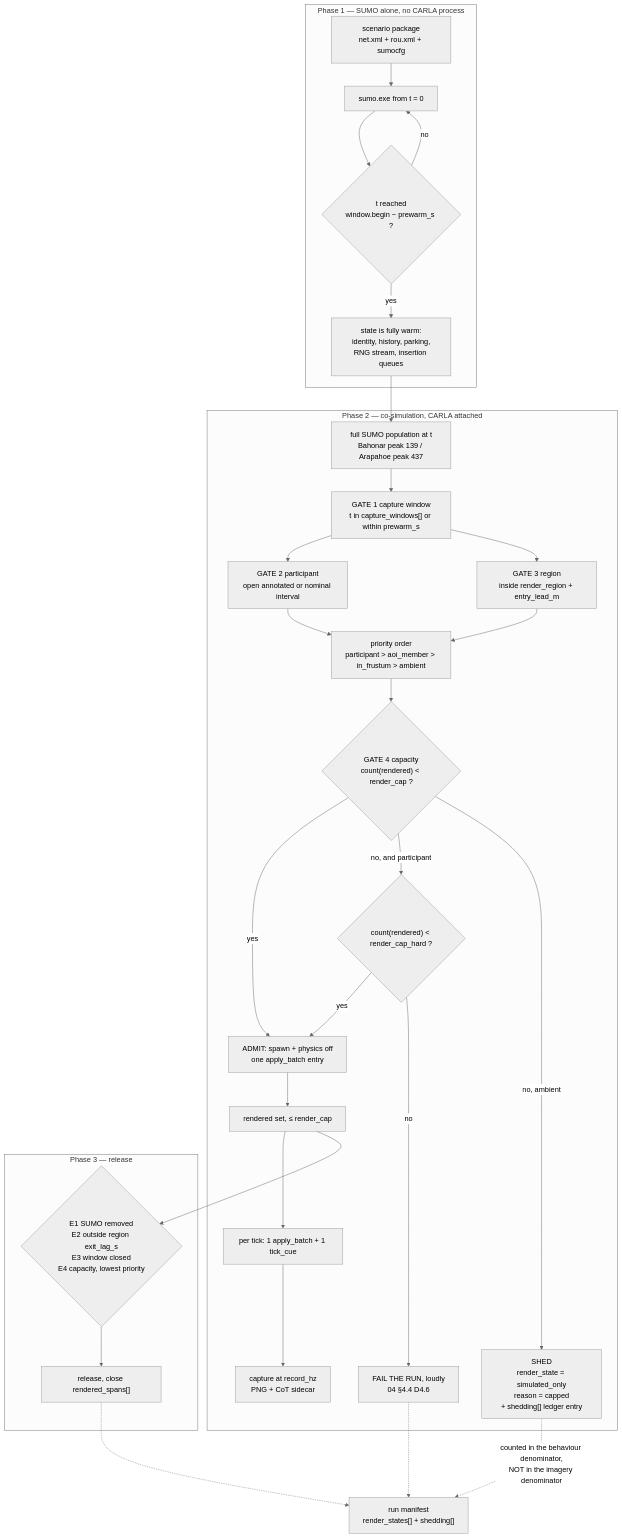
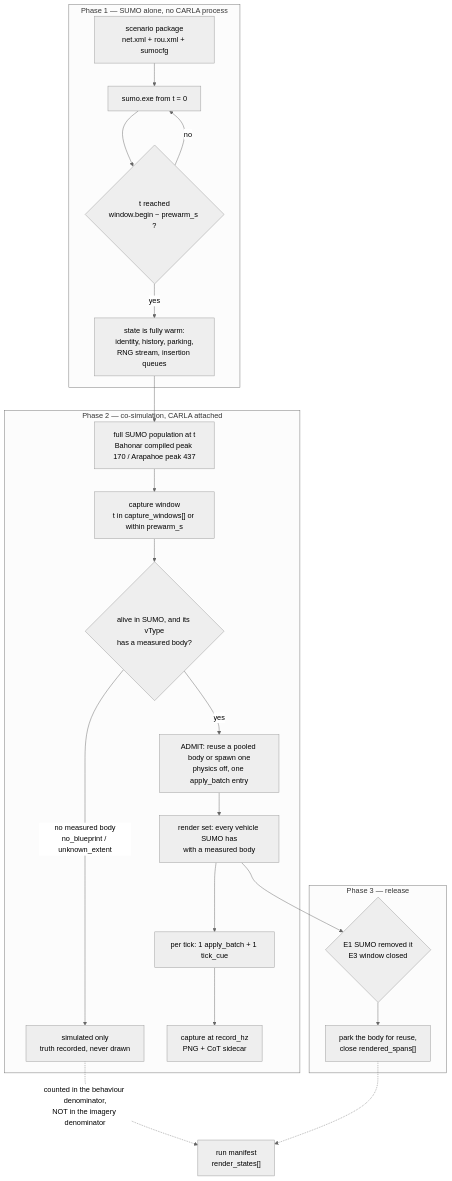
One commit to sbrett9/carla changed the third of 4 diagrams in Docs/CAT_Research/Plans/SUMO_Behavioral_Capture/10_Scale_And_Performance.md. Above: the diagram before and after it, drawn with Mermaid (neutral theme). The commit also changed other lines of this file, not shown here.

````diff
--- a/Docs/CAT_Research/Plans/SUMO_Behavioral_Capture/10_Scale_And_Performance.md
+++ b/Docs/CAT_Research/Plans/SUMO_Behavioral_Capture/10_Scale_And_Performance.md
@@ -586,36 +612,28 @@
 ```mermaid
 flowchart TD
     subgraph PHASE1["Phase 1 — SUMO alone, no CARLA process"]
         A["scenario package<br/>net.xml + rou.xml + sumocfg"] --> B["sumo.exe from t = 0"]
         B --> C{"t reached<br/>window.begin − prewarm_s ?"}
         C -- no --> B
         C -- yes --> D["state is fully warm:<br/>identity, history, parking,<br/>RNG stream, insertion queues"]
     end
 
     subgraph PHASE2["Phase 2 — co-simulation, CARLA attached"]
-        D --> E["full SUMO population at t<br/>Bahonar peak 139 / Arapahoe peak 437"]
-        E --> F["GATE 1 capture window<br/>t in capture_windows[] or within prewarm_s"]
-        F --> G["GATE 2 participant<br/>open annotated or nominal interval"]
-        F --> H["GATE 3 region<br/>inside render_region + entry_lead_m"]
-        G --> I["priority order<br/>participant &gt; aoi_member &gt; in_frustum &gt; ambient"]
-        H --> I
-        I --> J{"GATE 4 capacity<br/>count(rendered) &lt; render_cap ?"}
-        J -- yes --> K["ADMIT: spawn + physics off<br/>one apply_batch entry"]
-        J -- "no, and participant" --> L{"count(rendered) &lt; render_cap_hard ?"}
-        L -- yes --> K
-        L -- no --> M["FAIL THE RUN, loudly<br/>04 §4.4 D4.6"]
-        J -- "no, ambient" --> N["SHED<br/>render_state = simulated_only<br/>reason = capped<br/>+ shedding[] ledger entry"]
-        K --> O["rendered set, ≤ render_cap"]
+        D --> E["full SUMO population at t<br/>Bahonar compiled peak 170 / Arapahoe peak 437"]
+        E --> F["capture window<br/>t in capture_windows[] or within prewarm_s"]
+        F --> G{"alive in SUMO, and its vType<br/>has a measured body?"}
+        G -- yes --> K["ADMIT: reuse a pooled body or spawn one<br/>physics off, one apply_batch entry"]
+        G -- "no measured body<br/>no_blueprint / unknown_extent" --> N["simulated only<br/>truth recorded, never drawn"]
+        K --> O["render set: every vehicle SUMO has<br/>with a measured body"]
         O --> P["per tick: 1 apply_batch + 1 tick_cue"]
         P --> Q["capture at record_hz<br/>PNG + CoT sidecar"]
     end
 
     subgraph PHASE3["Phase 3 — release"]
-        O --> R{"E1 SUMO removed<br/>E2 outside region exit_lag_s<br/>E3 window closed<br/>E4 capacity, lowest priority"}
-        R --> S["release, close rendered_spans[]"]
+        O --> R{"E1 SUMO removed it<br/>E3 window closed"}
+        R --> S["park the body for reuse,<br/>close rendered_spans[]"]
     end
 
-    N -.->|"counted in the behaviour denominator,<br/>NOT in the imagery denominator"| T["run manifest<br/>render_states[] + shedding[]"]
+    N -.->|"counted in the behaviour denominator,<br/>NOT in the imagery denominator"| T["run manifest<br/>render_states[]"]
     S -.-> T
-    M -.-> T
 ```
````
